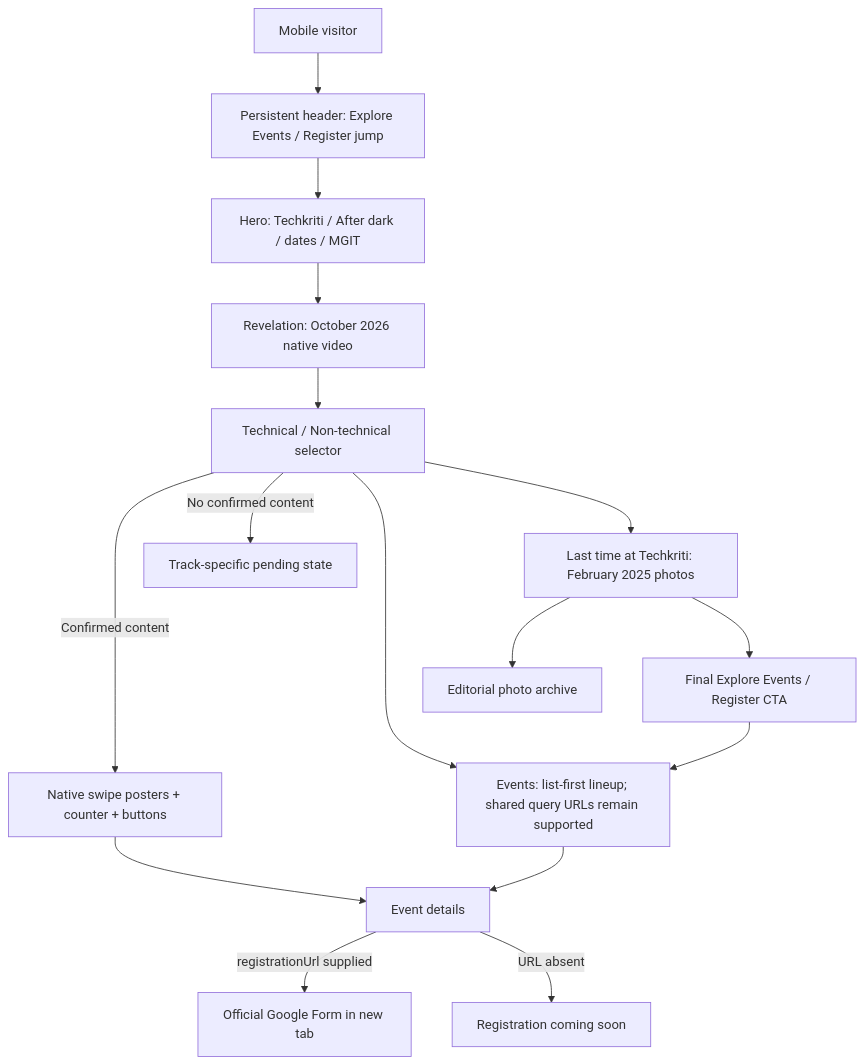
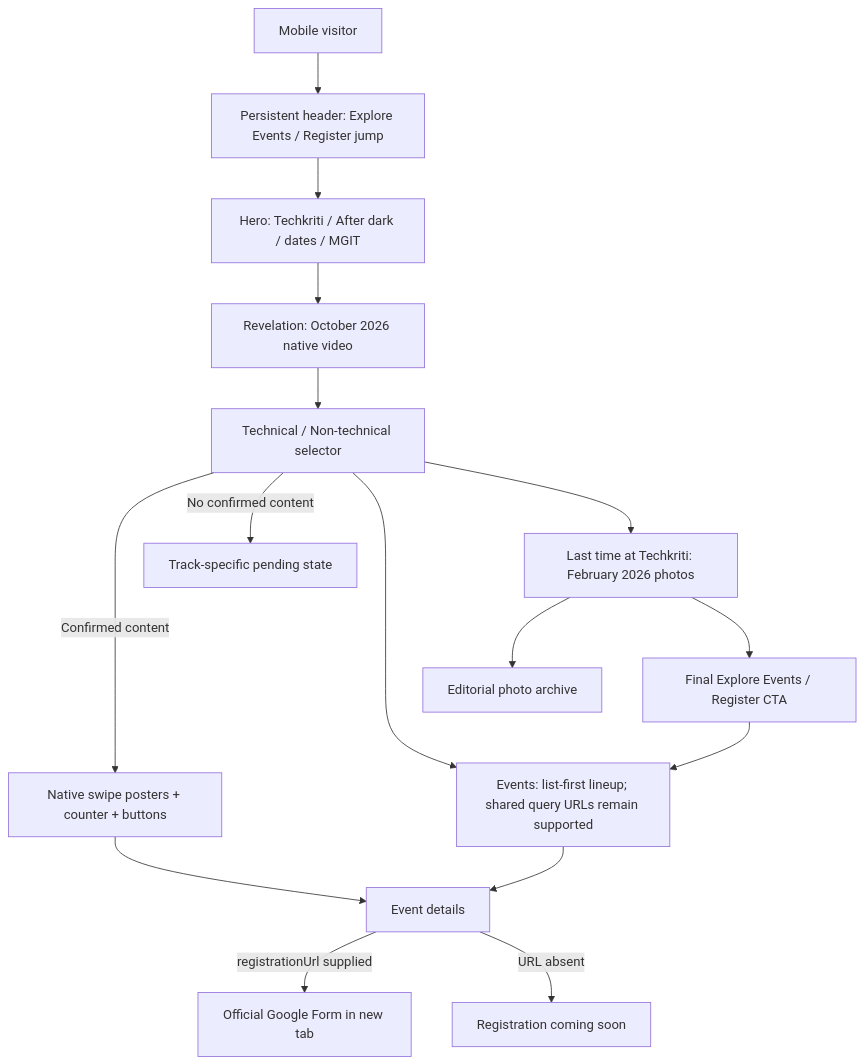
The first of 2 diagrams in docs/architecture.md (RamaChandra53/techkriti-website), drawn with Mermaid before and after one commit. The commit also changed other lines of this file and 16 other files, not shown here.

````diff
--- a/docs/architecture.md
+++ b/docs/architecture.md
@@ -7,18 +7,18 @@
 ```mermaid
 flowchart TD
     Visitor[Mobile visitor] --> Header[Persistent header: Explore Events / Register jump]
     Header --> Hero[Hero: Techkriti / After dark / dates / MGIT]
     Hero --> Reveal[Revelation: October 2026 native video]
     Reveal --> Discovery[Technical / Non-technical selector]
     Discovery -->|Confirmed content| Carousel[Native swipe posters + counter + buttons]
     Discovery -->|No confirmed content| Pending[Track-specific pending state]
     Discovery --> Events[Events: list-first lineup; shared query URLs remain supported]
     Carousel --> Detail[Event details]
     Events --> Detail
     Detail -->|registrationUrl supplied| Form[Official Google Form in new tab]
     Detail -->|URL absent| NoForm[Registration coming soon]
-    Discovery --> Photos[Last time at Techkriti: February 2025 photos]
+    Discovery --> Photos[Last time at Techkriti: February 2026 photos]
     Photos --> Gallery[Editorial photo archive]
     Photos --> CTA[Final Explore Events / Register CTA]
     CTA --> Events
 ```
````
